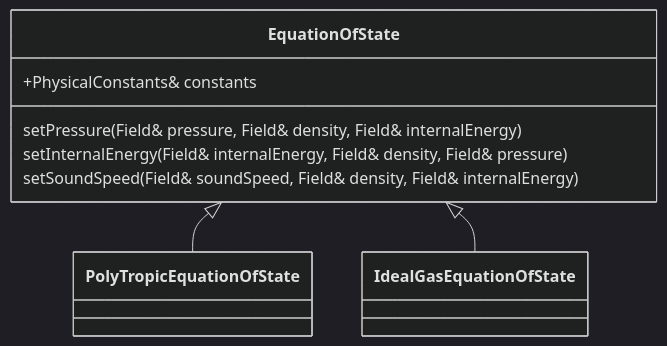
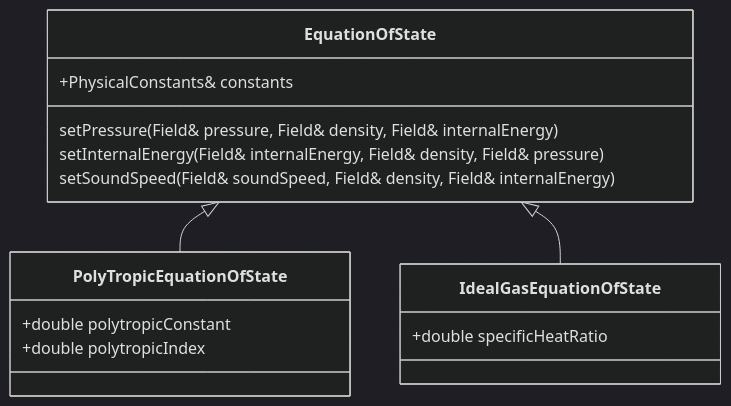
The diagram in src/EOS/Classes.md (antimatterhorn/nidhoggr), drawn with Mermaid (dark theme) before and after one commit. The commit also changed 5 other files, not shown here.

````diff
--- a/src/EOS/Classes.md
+++ b/src/EOS/Classes.md
@@ -1,9 +1,16 @@
 ```mermaid
 classDiagram
 EquationOfState <|-- PolyTropicEquationOfState
 EquationOfState <|-- IdealGasEquationOfState
 EquationOfState : +PhysicalConstants& constants
 EquationOfState : setPressure(Field& pressure, Field& density, Field& internalEnergy)
 EquationOfState : setInternalEnergy(Field& internalEnergy, Field& density, Field& pressure)
 EquationOfState : setSoundSpeed(Field& soundSpeed, Field& density, Field& internalEnergy)
+class PolyTropicEquationOfState{
+    +double polytropicConstant
+    +double polytropicIndex
+}
+class IdealGasEquationOfState{
+    +double specificHeatRatio
+}
 ```
````
